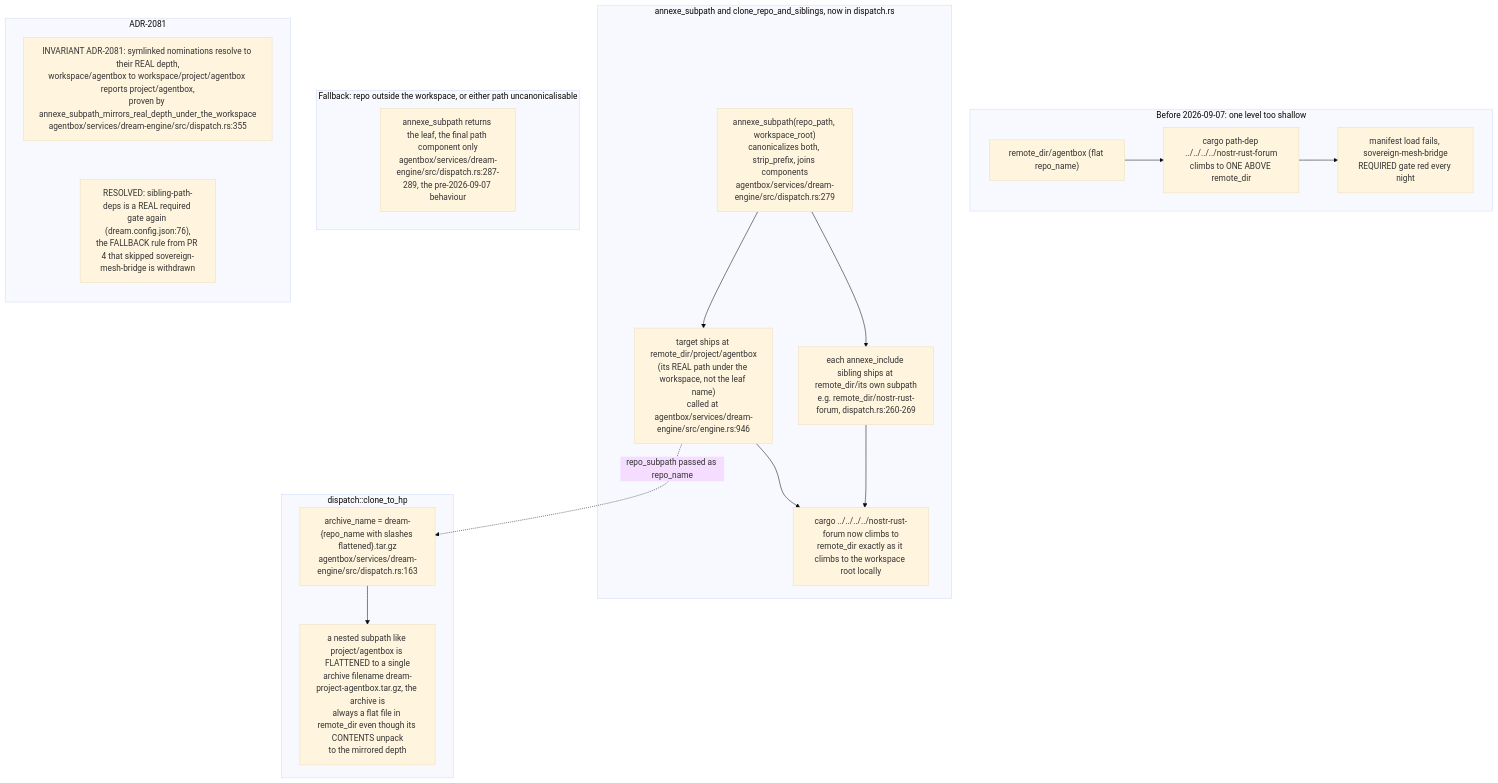
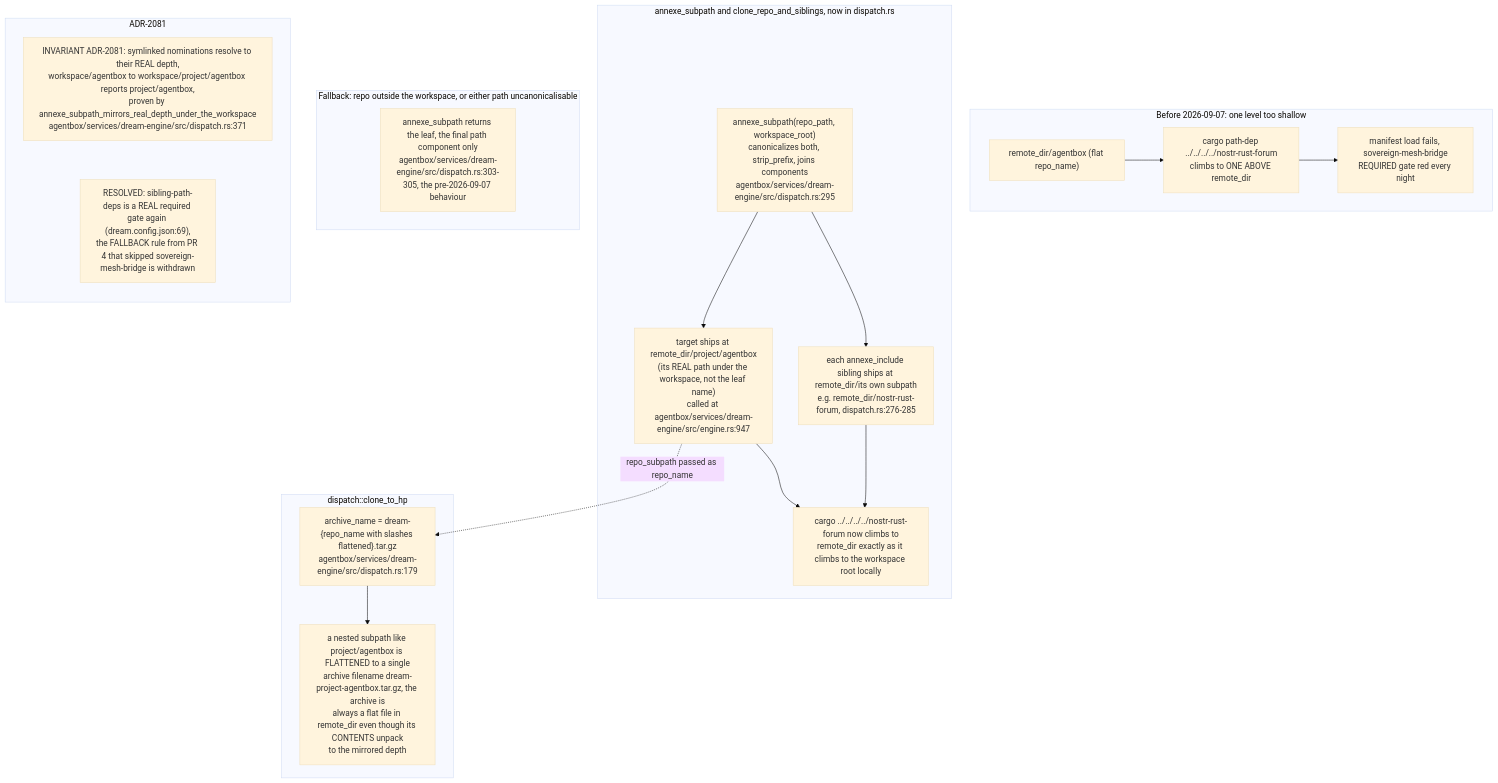
Diagram 11 of 22 in docs/diagrams/agentbox/23-dream-engine.md (DreamLab-AI/VisionFlow), drawn with Mermaid (base theme) before and after one commit. The commit also changed other lines of this file and 160 other files, not shown here.

````diff
--- a/docs/diagrams/agentbox/23-dream-engine.md
+++ b/docs/diagrams/agentbox/23-dream-engine.md
@@ -639,34 +658,34 @@
 ```mermaid
 flowchart TB
     subgraph before["Before 2026-09-07: one level too shallow"]
         B1["remote_dir/agentbox (flat repo_name)"]
         B2["cargo path-dep ../../../../nostr-rust-forum<br/>climbs to ONE ABOVE remote_dir"]
         B3["manifest load fails, sovereign-mesh-bridge<br/>REQUIRED gate red every night"]
         B1 --> B2 --> B3
     end
     subgraph after["annexe_subpath and clone_repo_and_siblings, now in dispatch.rs"]
-        A1["annexe_subpath(repo_path, workspace_root)<br/>canonicalizes both, strip_prefix, joins components<br/>agentbox/services/dream-engine/src/dispatch.rs:279"]
-        A2["target ships at remote_dir/project/agentbox<br/>(its REAL path under the workspace, not the leaf name)<br/>called at agentbox/services/dream-engine/src/engine.rs:946"]
-        A3["each annexe_include sibling ships at remote_dir/its own subpath<br/>e.g. remote_dir/nostr-rust-forum, dispatch.rs:260-269"]
+        A1["annexe_subpath(repo_path, workspace_root)<br/>canonicalizes both, strip_prefix, joins components<br/>agentbox/services/dream-engine/src/dispatch.rs:295"]
+        A2["target ships at remote_dir/project/agentbox<br/>(its REAL path under the workspace, not the leaf name)<br/>called at agentbox/services/dream-engine/src/engine.rs:947"]
+        A3["each annexe_include sibling ships at remote_dir/its own subpath<br/>e.g. remote_dir/nostr-rust-forum, dispatch.rs:276-285"]
         A4["cargo ../../../../nostr-rust-forum now climbs to<br/>remote_dir exactly as it climbs to the workspace root locally"]
         A1 --> A2
         A1 --> A3
         A2 --> A4
         A3 --> A4
     end
     subgraph dispatch["dispatch::clone_to_hp"]
-        D1["archive_name = dream-{repo_name with slashes flattened}.tar.gz<br/>agentbox/services/dream-engine/src/dispatch.rs:163"]
+        D1["archive_name = dream-{repo_name with slashes flattened}.tar.gz<br/>agentbox/services/dream-engine/src/dispatch.rs:179"]
         D2["a nested subpath like project/agentbox is FLATTENED to a single<br/>archive filename dream-project-agentbox.tar.gz, the archive is<br/>always a flat file in remote_dir even though its CONTENTS unpack<br/>to the mirrored depth"]
         D1 --> D2
     end
     A2 -.->|"repo_subpath passed as repo_name"| D1
     subgraph fallback["Fallback: repo outside the workspace, or either path uncanonicalisable"]
-        F1["annexe_subpath returns the leaf, the final path component only<br/>agentbox/services/dream-engine/src/dispatch.rs:287-289, the pre-2026-09-07 behaviour"]
+        F1["annexe_subpath returns the leaf, the final path component only<br/>agentbox/services/dream-engine/src/dispatch.rs:303-305, the pre-2026-09-07 behaviour"]
     end
     subgraph notes["ADR-2081"]
         direction TB
-        N1["INVARIANT ADR-2081: symlinked nominations resolve to their REAL depth,<br/>workspace/agentbox to workspace/project/agentbox reports project/agentbox,<br/>proven by annexe_subpath_mirrors_real_depth_under_the_workspace<br/>agentbox/services/dream-engine/src/dispatch.rs:355"]
-        N2["RESOLVED: sibling-path-deps is a REAL required gate again (dream.config.json:76),<br/>the FALLBACK rule from PR 4 that skipped sovereign-mesh-bridge is withdrawn"]
+        N1["INVARIANT ADR-2081: symlinked nominations resolve to their REAL depth,<br/>workspace/agentbox to workspace/project/agentbox reports project/agentbox,<br/>proven by annexe_subpath_mirrors_real_depth_under_the_workspace<br/>agentbox/services/dream-engine/src/dispatch.rs:371"]
+        N2["RESOLVED: sibling-path-deps is a REAL required gate again (dream.config.json:69),<br/>the FALLBACK rule from PR 4 that skipped sovereign-mesh-bridge is withdrawn"]
         N1 ~~~ N2
     end
 ```
````
